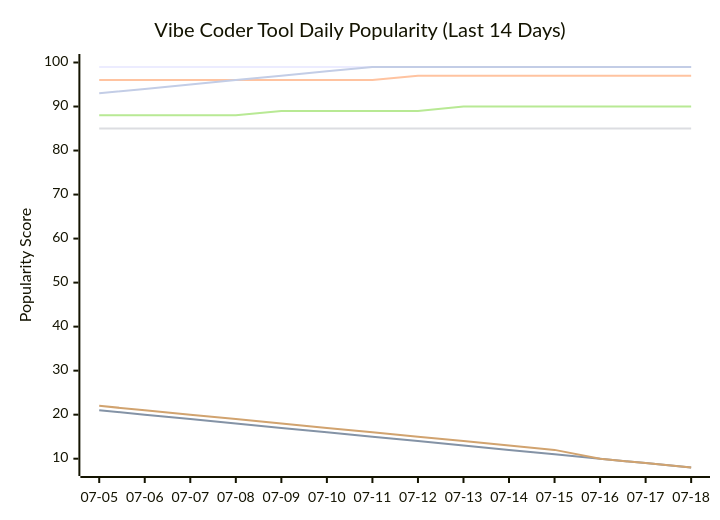
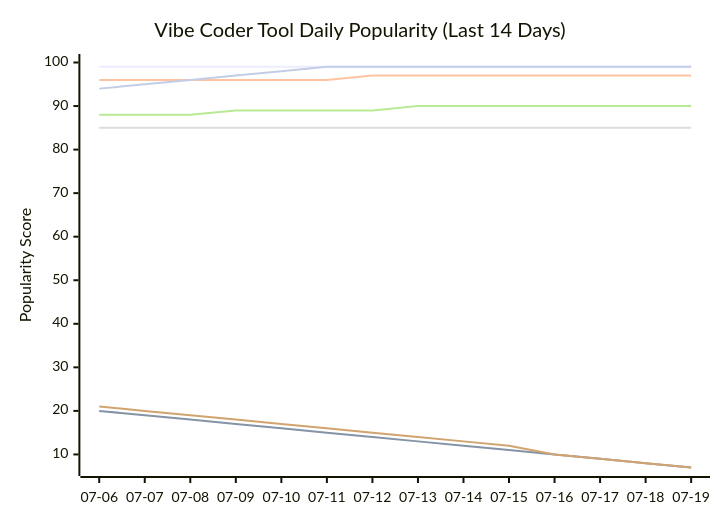
Before and after one commit to tykimos/ai-whatchelin: the seventh of 11 diagrams in README.md, drawn with Mermaid. The commit also changed other lines of this file and 4 other files, not shown here.

````diff
--- a/README.md
+++ b/README.md
@@ -2014,13 +2014,13 @@
 ```mermaid
 xychart-beta
     title "Vibe Coder Tool Daily Popularity (Last 14 Days)"
-    x-axis ["07-05", "07-06", "07-07", "07-08", "07-09", "07-10", "07-11", "07-12", "07-13", "07-14", "07-15", "07-16", "07-17", "07-18"]
-    y-axis "Popularity Score" 8 --> 100
+    x-axis ["07-06", "07-07", "07-08", "07-09", "07-10", "07-11", "07-12", "07-13", "07-14", "07-15", "07-16", "07-17", "07-18", "07-19"]
+    y-axis "Popularity Score" 7 --> 100
     line "Claude Code" [99, 99, 99, 99, 99, 99, 99, 99, 99, 99, 99, 99, 99, 99]
-    line "GH Copilot" [21, 20, 19, 18, 17, 16, 15, 14, 13, 12, 11, 10, 9, 8]
-    line "Cursor" [96, 96, 96, 96, 96, 96, 96, 97, 97, 97, 97, 97, 97, 97]
+    line "GH Copilot" [20, 19, 18, 17, 16, 15, 14, 13, 12, 11, 10, 9, 8, 7]
+    line "Cursor" [96, 96, 96, 96, 96, 96, 97, 97, 97, 97, 97, 97, 97, 97]
     line "Windsurf" [85, 85, 85, 85, 85, 85, 85, 85, 85, 85, 85, 85, 85, 85]
-    line "Codex CLI" [88, 88, 88, 88, 89, 89, 89, 89, 90, 90, 90, 90, 90, 90]
-    line "Gemini CLI" [22, 21, 20, 19, 18, 17, 16, 15, 14, 13, 12, 10, 9, 8]
-    line "Antigravity" [93, 94, 95, 96, 97, 98, 99, 99, 99, 99, 99, 99, 99, 99]
+    line "Codex CLI" [88, 88, 88, 89, 89, 89, 89, 90, 90, 90, 90, 90, 90, 90]
+    line "Gemini CLI" [21, 20, 19, 18, 17, 16, 15, 14, 13, 12, 10, 9, 8, 7]
+    line "Antigravity" [94, 95, 96, 97, 98, 99, 99, 99, 99, 99, 99, 99, 99, 99]
 ```
````
